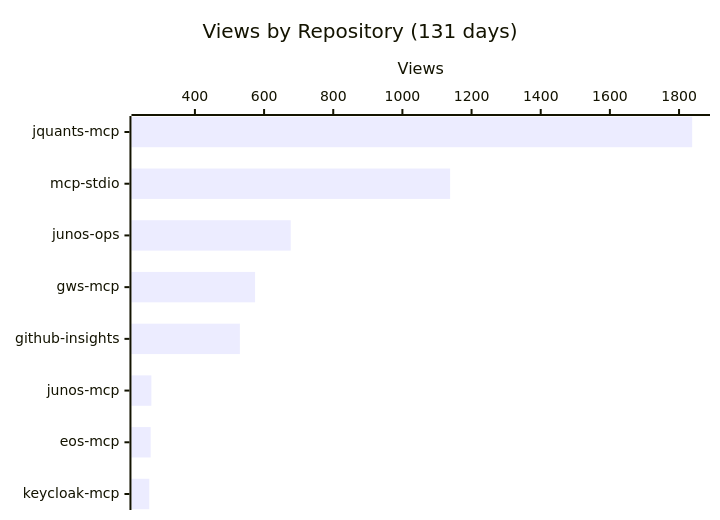
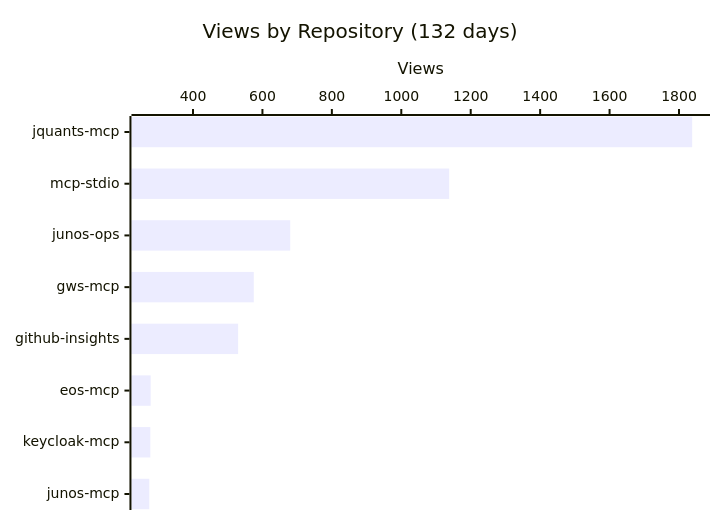
The first of 4 diagrams in README.md (shigechika/github-insights), drawn with Mermaid before and after one commit. The commit also changed other lines of this file and 2 other files, not shown here.

````diff
--- a/README.md
+++ b/README.md
@@ -18,7 +18,7 @@
 ```mermaid
 xychart-beta horizontal
-    title "Views by Repository (131 days)"
-    x-axis ["jquants-mcp", "mcp-stdio", "junos-ops", "gws-mcp", "github-insights", "junos-mcp", "eos-mcp", "keycloak-mcp"]
+    title "Views by Repository (132 days)"
+    x-axis ["jquants-mcp", "mcp-stdio", "junos-ops", "gws-mcp", "github-insights", "eos-mcp", "keycloak-mcp", "junos-mcp"]
     y-axis "Views"
-    bar [1838, 1138, 677, 574, 530, 274, 272, 268]
+    bar [1838, 1138, 680, 575, 530, 278, 277, 274]
 ```
````
